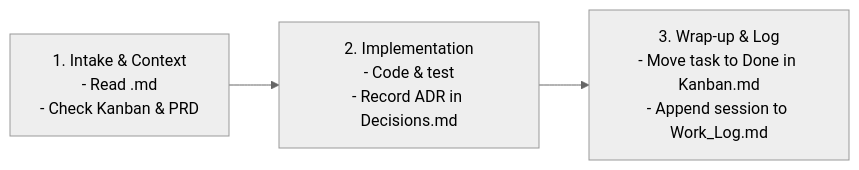
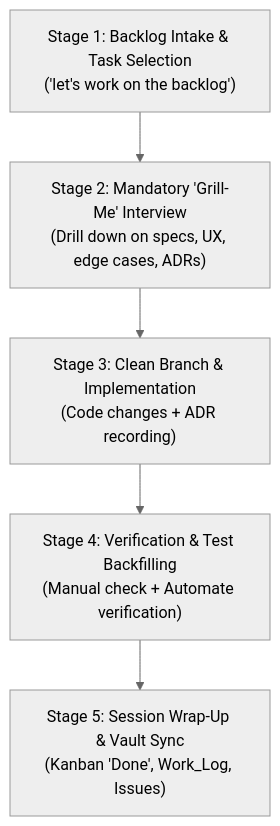
One commit to supreethks/dotfiles changed the diagram in agents/skills/obsidian-project-tracker/SKILL.md. Above: the diagram before and after it, drawn with Mermaid (neutral theme). The commit also changed other lines of this file and 459 other files, not shown here.

````diff
--- a/agents/skills/obsidian-project-tracker/SKILL.md
+++ b/agents/skills/obsidian-project-tracker/SKILL.md
@@ -40,5 +71,7 @@
 ```mermaid
-flowchart LR
-    A["1. Intake & Context\n- Read <project>.md\n- Check Kanban & PRD"] --> B["2. Implementation\n- Code & test\n- Record ADR in Decisions.md"]
-    B --> C["3. Wrap-up & Log\n- Move task to Done in Kanban.md\n- Append session to Work_Log.md"]
+flowchart TD
+    A["Stage 1: Backlog Intake & Task Selection\n('let's work on the backlog')"] --> B["Stage 2: Mandatory 'Grill-Me' Interview\n(Drill down on specs, UX, edge cases, ADRs)"]
+    B --> C["Stage 3: Clean Branch & Implementation\n(Code changes + ADR recording)"]
+    C --> D["Stage 4: Verification & Test Backfilling\n(Manual check + Automate verification)"]
+    D --> E["Stage 5: Session Wrap-Up & Vault Sync\n(Kanban 'Done', Work_Log, Issues)"]
 ```
````
